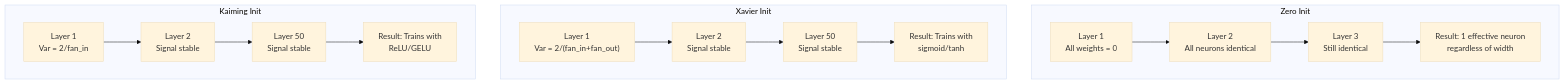
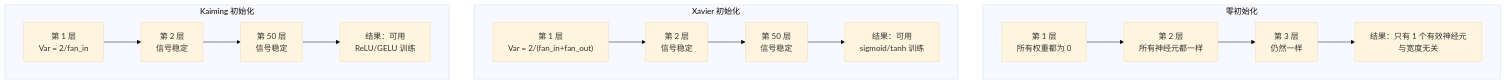
One commit to omigaZen/ai-engineering-from-scratch changed the first of 3 diagrams in phases/03-deep-learning-core/08-weight-initialization/docs/zh.md. Above: the diagram before and after it, drawn with Mermaid (base theme). The commit also changed other lines of this file, not shown here.

Commit message:
feat(phase-03/08): refine zh weight initialization wording

````diff
--- a/phases/03-deep-learning-core/08-weight-initialization/docs/zh.md
+++ b/phases/03-deep-learning-core/08-weight-initialization/docs/zh.md
@@ -107,20 +107,20 @@
 ```mermaid
 flowchart TD
-    subgraph "Zero Init"
-        Z1["Layer 1<br/>All weights = 0"] --> Z2["Layer 2<br/>All neurons identical"]
-        Z2 --> Z3["Layer 3<br/>Still identical"]
-        Z3 --> ZR["Result: 1 effective neuron<br/>regardless of width"]
+    subgraph "零初始化"
+        Z1["第 1 层<br/>所有权重都为 0"] --> Z2["第 2 层<br/>所有神经元都一样"]
+        Z2 --> Z3["第 3 层<br/>仍然一样"]
+        Z3 --> ZR["结果：只有 1 个有效神经元<br/>与宽度无关"]
     end
 
-    subgraph "Xavier Init"
-        X1["Layer 1<br/>Var = 2/(fan_in+fan_out)"] --> X2["Layer 2<br/>Signal stable"]
-        X2 --> X3["Layer 50<br/>Signal stable"]
-        X3 --> XR["Result: Trains with<br/>sigmoid/tanh"]
+    subgraph "Xavier 初始化"
+        X1["第 1 层<br/>Var = 2/(fan_in+fan_out)"] --> X2["第 2 层<br/>信号稳定"]
+        X2 --> X3["第 50 层<br/>信号稳定"]
+        X3 --> XR["结果：可用<br/>sigmoid/tanh 训练"]
     end
 
-    subgraph "Kaiming Init"
-        K1["Layer 1<br/>Var = 2/fan_in"] --> K2["Layer 2<br/>Signal stable"]
-        K2 --> K3["Layer 50<br/>Signal stable"]
-        K3 --> KR["Result: Trains with<br/>ReLU/GELU"]
+    subgraph "Kaiming 初始化"
+        K1["第 1 层<br/>Var = 2/fan_in"] --> K2["第 2 层<br/>信号稳定"]
+        K2 --> K3["第 50 层<br/>信号稳定"]
+        K3 --> KR["结果：可用<br/>ReLU/GELU 训练"]
     end
 ```
````
